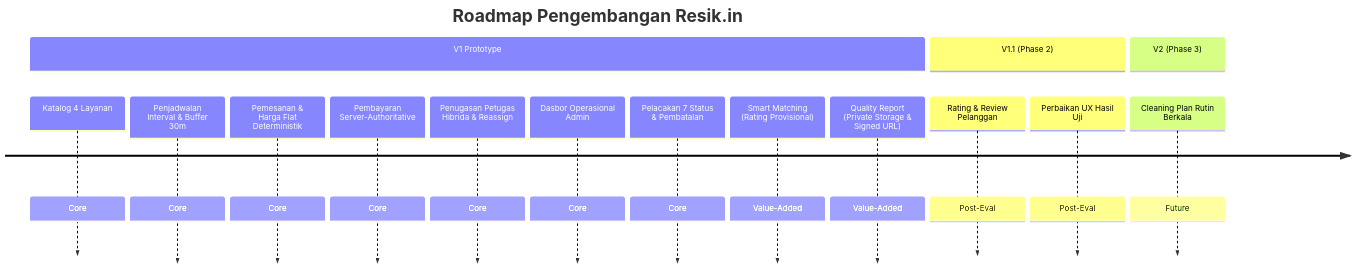
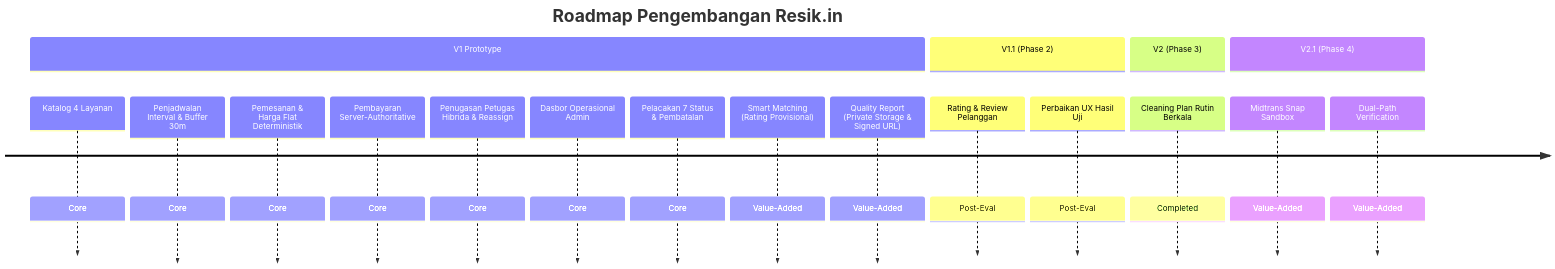
Before and after one commit to Remoonn/Resik.in: the diagram in docs/ROADMAP.md, drawn with Mermaid. The commit also changed other lines of this file and 2 other files, not shown here.

Commit message:
docs: document Midtrans Payment Gateway integration completion and updated test metrics

````diff
--- a/docs/ROADMAP.md
+++ b/docs/ROADMAP.md
@@ -15,19 +15,22 @@
 ```mermaid
 timeline
     title Roadmap Pengembangan Resik.in
     section V1 Prototype
       Katalog 4 Layanan : Core
       Penjadwalan Interval & Buffer 30m : Core
       Pemesanan & Harga Flat Deterministik : Core
       Pembayaran Server-Authoritative : Core
       Penugasan Petugas Hibrida & Reassign : Core
       Dasbor Operasional Admin : Core
       Pelacakan 7 Status & Pembatalan : Core
       Smart Matching (Rating Provisional) : Value-Added
       Quality Report (Private Storage & Signed URL) : Value-Added
     section V1.1 (Phase 2)
       Rating & Review Pelanggan : Post-Eval
       Perbaikan UX Hasil Uji : Post-Eval
     section V2 (Phase 3)
-      Cleaning Plan Rutin Berkala : Future
+      Cleaning Plan Rutin Berkala : Completed
+    section V2.1 (Phase 4)
+      Midtrans Snap Sandbox : Value-Added
+      Dual-Path Verification : Value-Added
 ```
````
